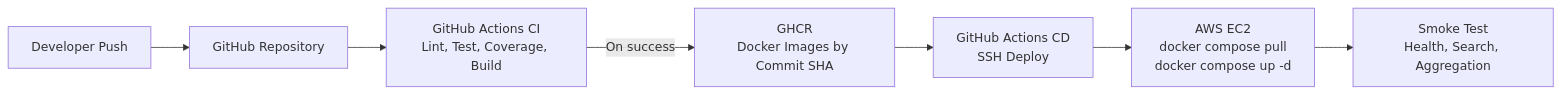
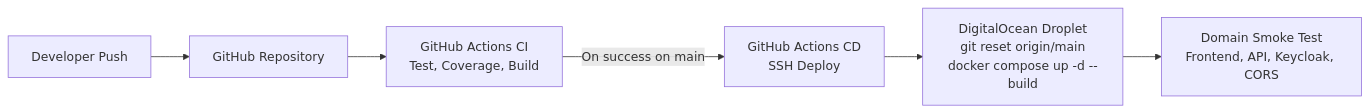
Before and after one commit to PhamVanMinhBinhThuan/soc-ai-search: the seventh of 7 diagrams in docs/architecture.md, drawn with Mermaid. The commit also changed other lines of this file and 8 other files, not shown here.

````diff
--- a/docs/architecture.md
+++ b/docs/architecture.md
@@ -416,17 +424,15 @@
 ```mermaid
 flowchart LR
     Dev["Developer Push"]
     GH["GitHub Repository"]
-    CI["GitHub Actions CI<br/>Lint, Test, Coverage, Build"]
-    Registry["GHCR<br/>Docker Images by Commit SHA"]
+    CI["GitHub Actions CI<br/>Test, Coverage, Build"]
     CD["GitHub Actions CD<br/>SSH Deploy"]
-    EC2["AWS EC2<br/>docker compose pull<br/>docker compose up -d"]
-    Smoke["Smoke Test<br/>Health, Search, Aggregation"]
+    VPS["DigitalOcean Droplet<br/>git reset origin/main<br/>docker compose up -d --build"]
+    Smoke["Domain Smoke Test<br/>Frontend, API, Keycloak, CORS"]
 
     Dev --> GH
     GH --> CI
-    CI -->|"On success"| Registry
-    Registry --> CD
-    CD --> EC2
-    EC2 --> Smoke
+    CI -->|"On success on main"| CD
+    CD --> VPS
+    VPS --> Smoke
 ```
````
